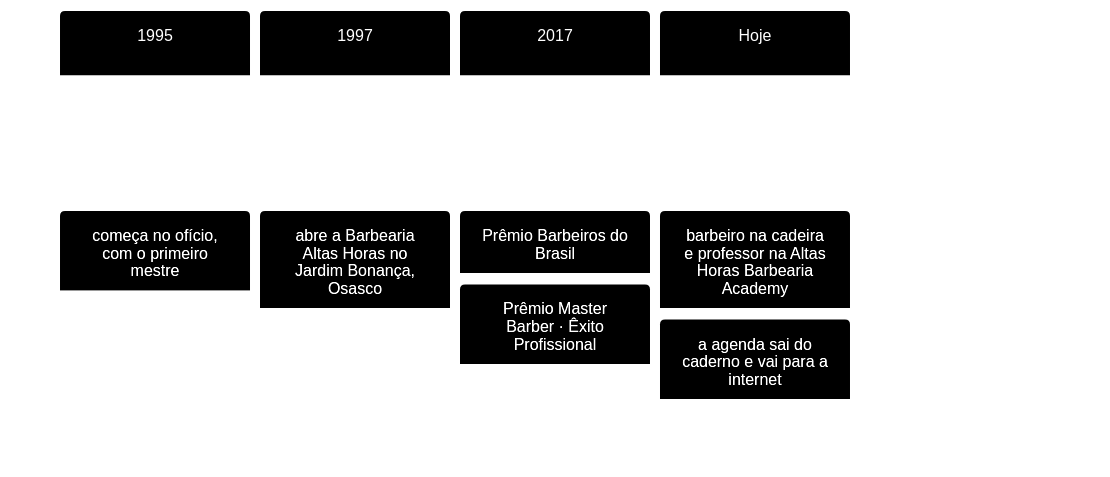
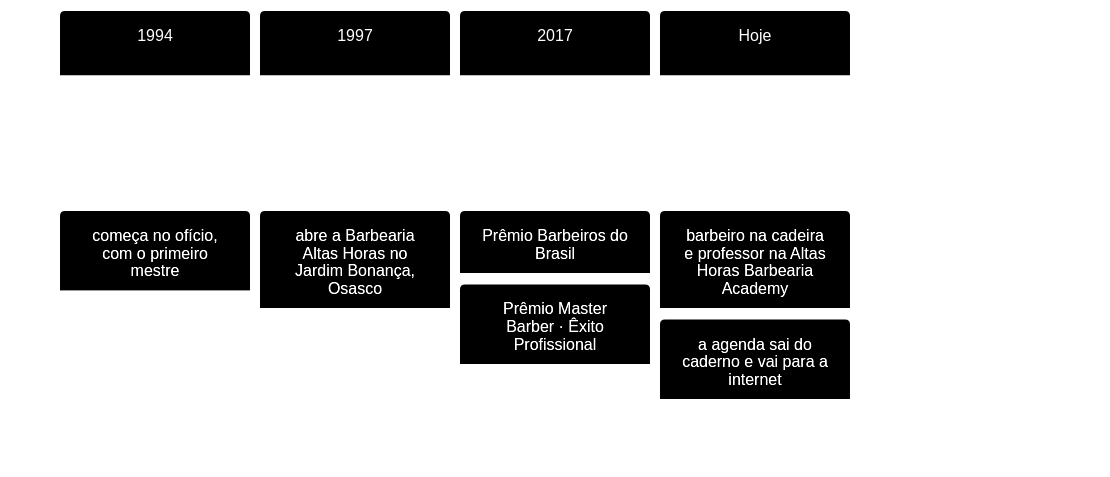
Before and after one commit to k3vinrich4rd/barbearia-altas-horas: the second of 8 diagrams in README.md, drawn with Mermaid. The commit also changed other lines of this file and 7 other files, not shown here.

````diff
--- a/README.md
+++ b/README.md
@@ -185,10 +185,10 @@
 ```mermaid
 %%{init: {'theme':'base','themeVariables':{'primaryColor':'#0A0A0A','primaryTextColor':'#FFFFFF','primaryBorderColor':'#FFFFFF','lineColor':'#7A7A7A','fontFamily':'Georgia, serif'}}}%%
 timeline
-    1995 : começa no ofício, com o primeiro mestre
+    1994 : começa no ofício, com o primeiro mestre
     1997 : abre a Barbearia Altas Horas no Jardim Bonança, Osasco
     2017 : Prêmio Barbeiros do Brasil
          : Prêmio Master Barber · Êxito Profissional
     Hoje : barbeiro na cadeira e professor na Altas Horas Barbearia Academy
          : a agenda sai do caderno e vai para a internet
 ```
````
